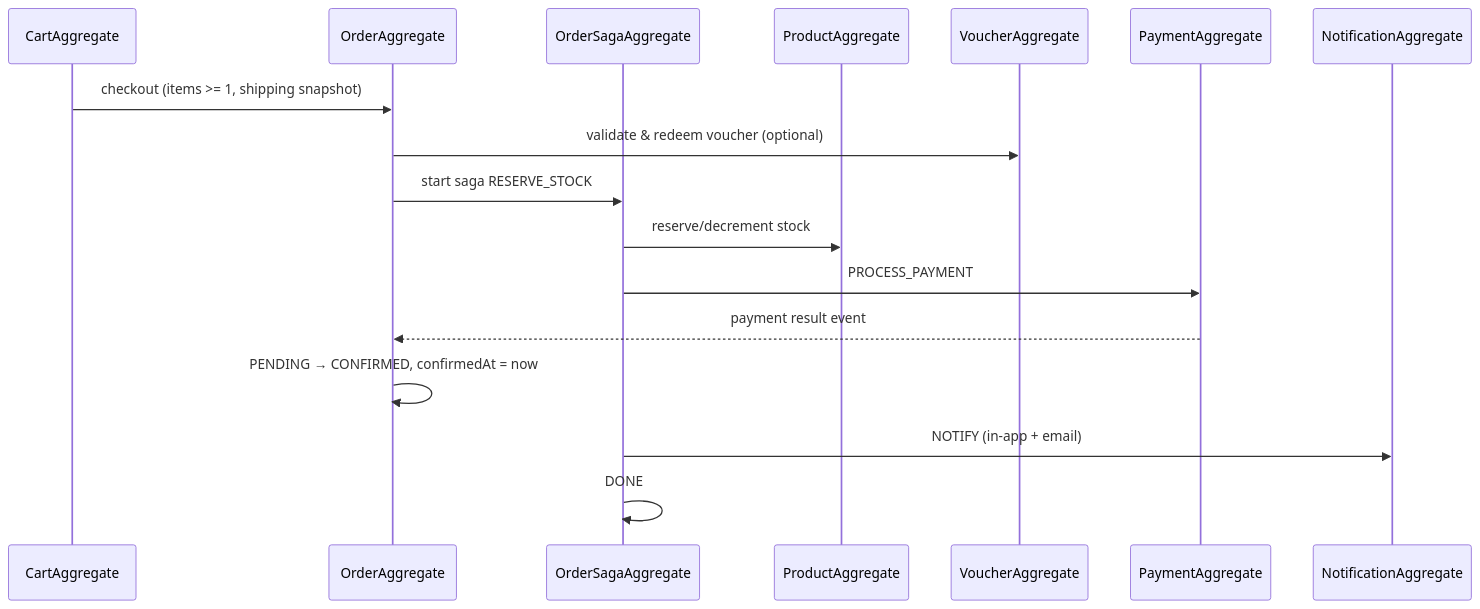
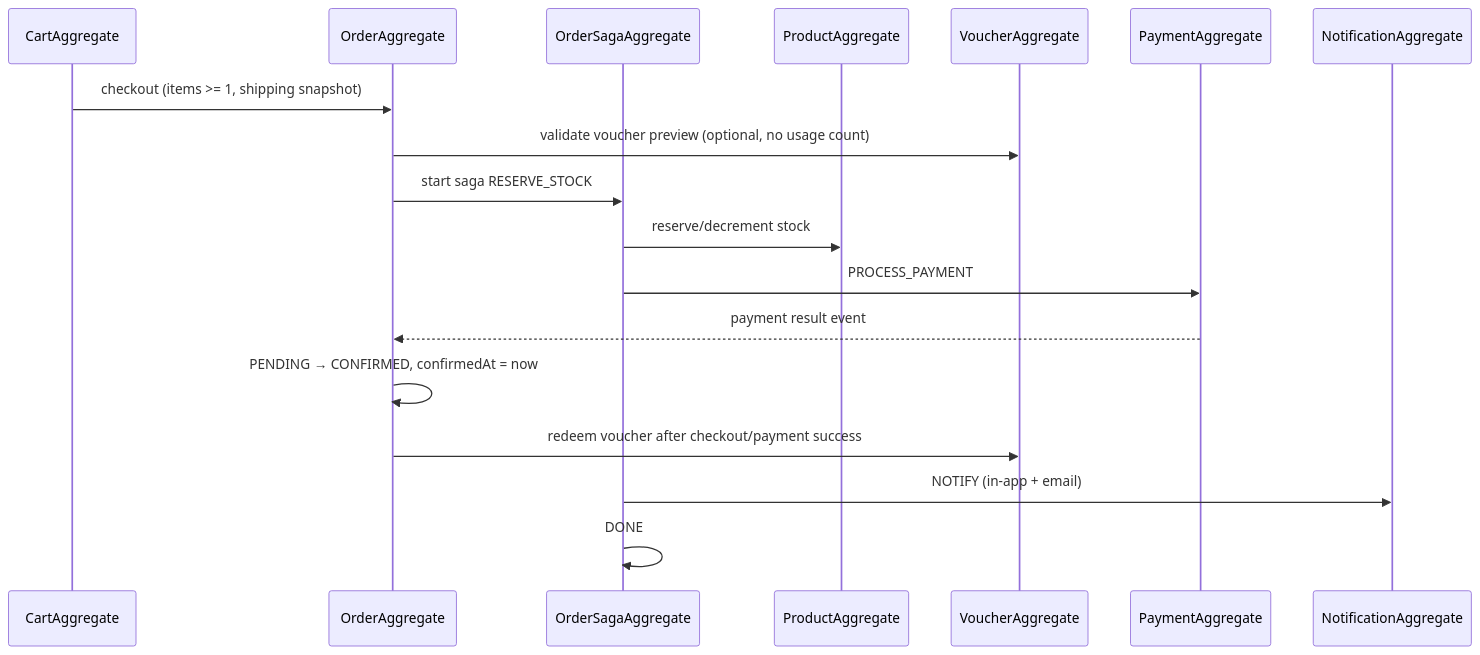
One commit to bluebearccc/cartzilla changed the diagram in docs/DomainModel_Cartzilla.md. Above: the diagram before and after it, drawn with Mermaid. The commit also changed other lines of this file and 3 other files, not shown here.

````diff
--- a/docs/DomainModel_Cartzilla.md
+++ b/docs/DomainModel_Cartzilla.md
@@ -521,20 +545,21 @@
 ```mermaid
 sequenceDiagram
     participant C as CartAggregate
     participant O as OrderAggregate
     participant S as OrderSagaAggregate
     participant P as ProductAggregate
     participant V as VoucherAggregate
     participant Pay as PaymentAggregate
     participant N as NotificationAggregate
 
     C->>O: checkout (items >= 1, shipping snapshot)
-    O->>V: validate & redeem voucher (optional)
+    O->>V: validate voucher preview (optional, no usage count)
     O->>S: start saga RESERVE_STOCK
     S->>P: reserve/decrement stock
     S->>Pay: PROCESS_PAYMENT
     Pay-->>O: payment result event
     O->>O: PENDING → CONFIRMED, confirmedAt = now
+    O->>V: redeem voucher after checkout/payment success
     S->>N: NOTIFY (in-app + email)
     S->>S: DONE
 ```
````
